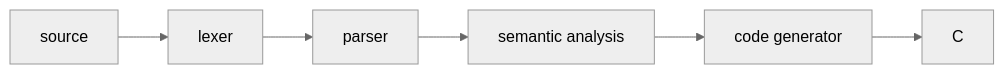
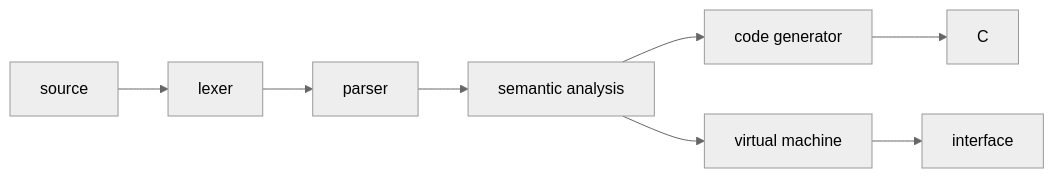
The diagram in docs/design.md (GritHat/pseudoscope), drawn with Mermaid (neutral theme) before and after one commit. The commit also changed other lines of this file and 82 other files, not shown here.

````diff
--- a/docs/design.md
+++ b/docs/design.md
@@ -3,4 +3,5 @@
 ```mermaid
 flowchart LR
     source --> lexer --> parser --> sema[semantic analysis] --> codegen[code generator] --> C
+    sema --> vm[virtual machine] --> ui[interface]
 ```
````
